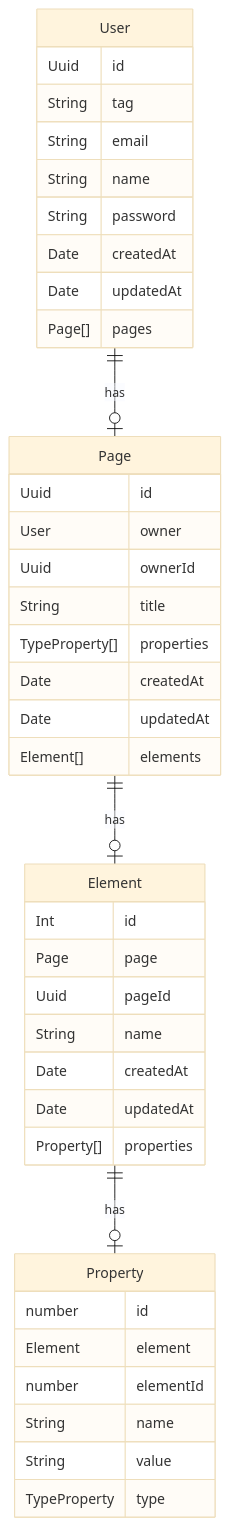
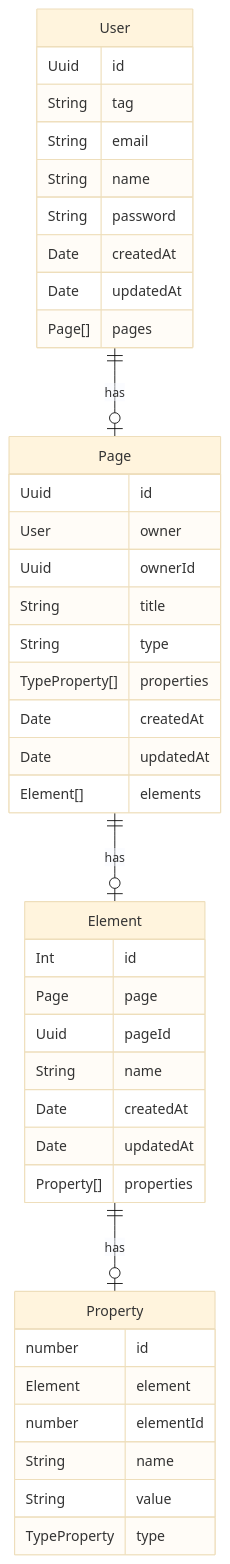
The diagram in README.md (LicestOrg/Api), drawn with Mermaid (base theme) before and after one commit. The commit also changed 4 other files, not shown here.

````diff
--- a/README.md
+++ b/README.md
@@ -1,58 +1,59 @@
 ```mermaid
 erDiagram
 
 User ||--o| Page : has
 User {
     Uuid            id
 
     String          tag
     String          email
     String          name
     String          password
 
     Date            createdAt
     Date            updatedAt
 
     Page[]          pages
 }
 
 Page ||--o| Element : has
 Page {
     Uuid            id
     User            owner
     Uuid            ownerId
 
     String          title
+    String          type
     TypeProperty[]  properties
 
     Date            createdAt
     Date            updatedAt
 
     Element[]       elements
 }
 
 Element ||--o| Property : has
 Element {
     Int             id
     Page            page
     Uuid            pageId
 
     String          name
 
     Date            createdAt
     Date            updatedAt
 
     Property[]      properties
 }
 
 Property {
     number          id
     Element         element
     number          elementId
 
     String          name
     String          value
 
     TypeProperty    type
 }
 ```
````
